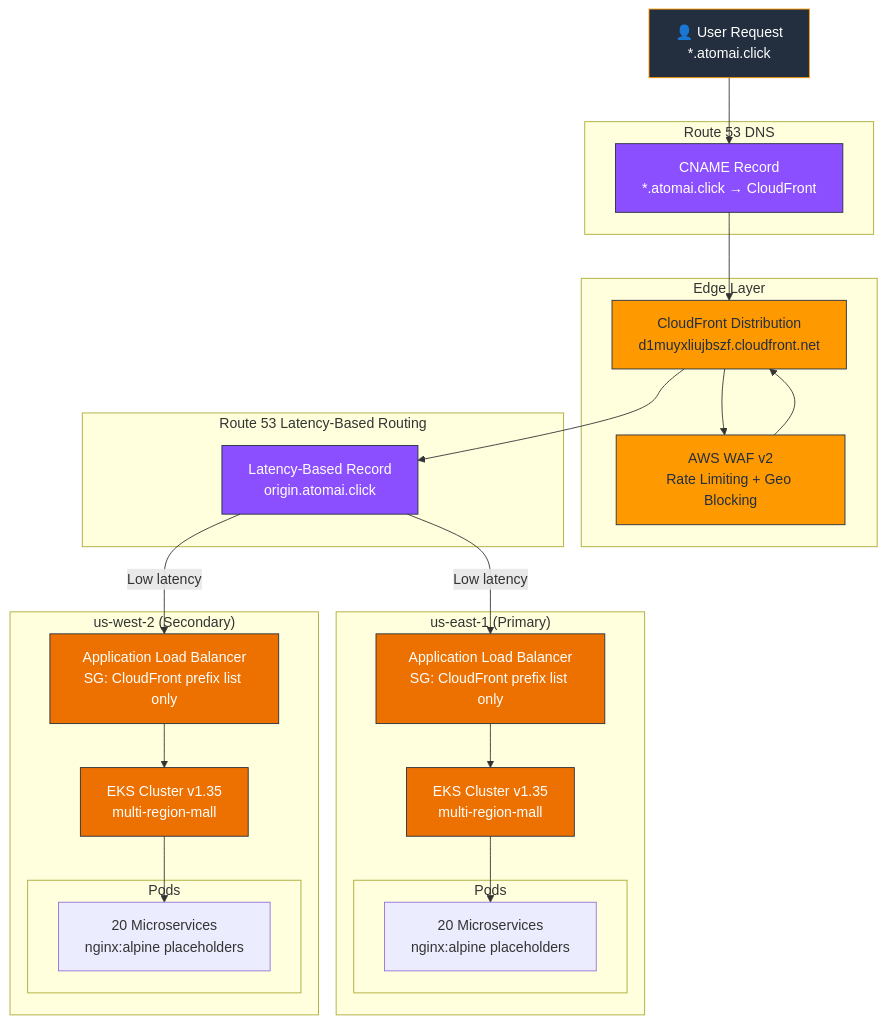
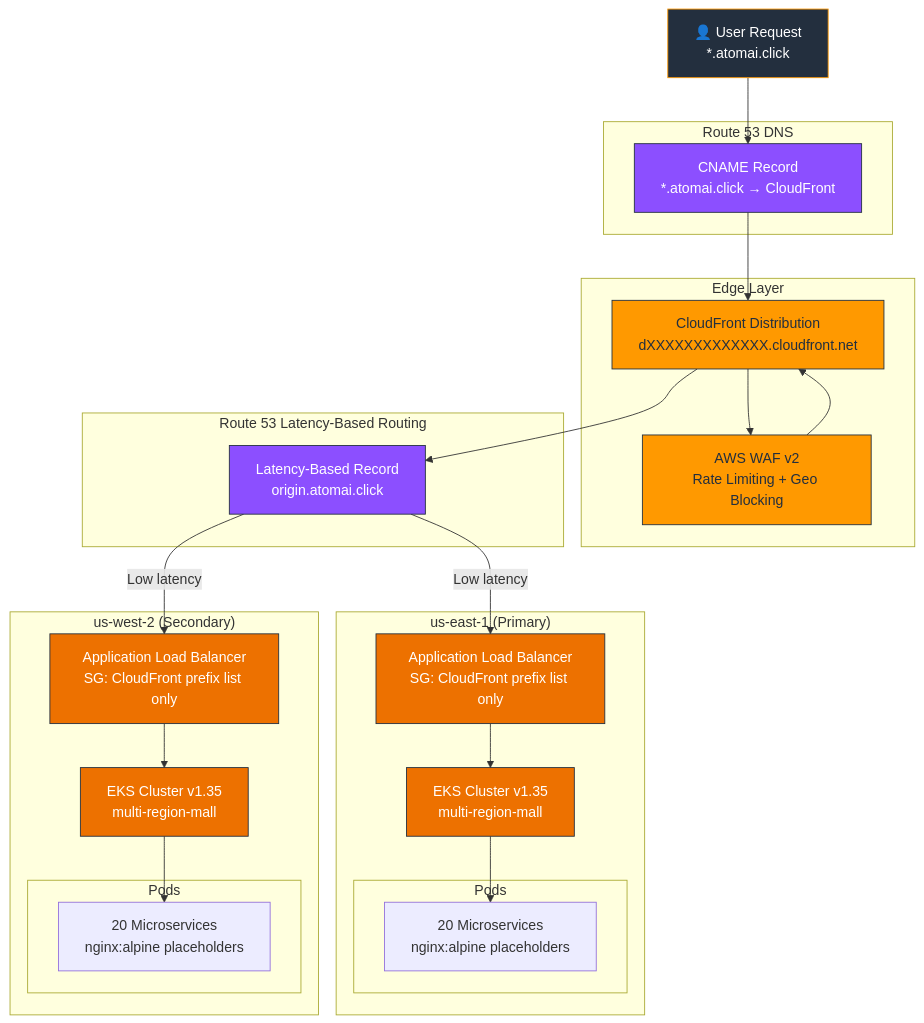
Before and after one commit to Atom-oh/multi-region-architecture: the diagram in docs/architecture/diagrams/traffic-flow.mmd, drawn with Mermaid. The commit also changed 172 other files, not shown here.

```diff
--- a/docs/architecture/diagrams/traffic-flow.mmd
+++ b/docs/architecture/diagrams/traffic-flow.mmd
@@ -1,53 +1,53 @@
 graph TD
     User["👤 User Request<br/>*.atomai.click"]
 
     subgraph DNS["Route 53 DNS"]
         CNAME["CNAME Record<br/>*.atomai.click → CloudFront"]
     end
 
     subgraph Edge["Edge Layer"]
-        CF["CloudFront Distribution<br/>d1muyxliujbszf.cloudfront.net"]
+        CF["CloudFront Distribution<br/>dXXXXXXXXXXXXX.cloudfront.net"]
         WAF["AWS WAF v2<br/>Rate Limiting + Geo Blocking"]
     end
 
     subgraph LatencyDNS["Route 53 Latency-Based Routing"]
         LBR["Latency-Based Record<br/>origin.atomai.click"]
     end
 
     subgraph Region1["us-east-1 (Primary)"]
         ALB1["Application Load Balancer<br/>SG: CloudFront prefix list only"]
         EKS1["EKS Cluster v1.35<br/>multi-region-mall"]
         subgraph Pods1["Pods"]
             SVC1["20 Microservices<br/>nginx:alpine placeholders"]
         end
     end
 
     subgraph Region2["us-west-2 (Secondary)"]
         ALB2["Application Load Balancer<br/>SG: CloudFront prefix list only"]
         EKS2["EKS Cluster v1.35<br/>multi-region-mall"]
         subgraph Pods2["Pods"]
             SVC2["20 Microservices<br/>nginx:alpine placeholders"]
         end
     end
 
     User --> CNAME
     CNAME --> CF
     CF --> WAF
     WAF --> CF
     CF --> LBR
     LBR -->|"Low latency"| ALB1
     LBR -->|"Low latency"| ALB2
     ALB1 --> EKS1
     EKS1 --> SVC1
     ALB2 --> EKS2
     EKS2 --> SVC2
 
     classDef edge fill:#FF9900,stroke:#232F3E,color:#232F3E
     classDef compute fill:#ED7100,stroke:#232F3E,color:#fff
     classDef dns fill:#8C4FFF,stroke:#232F3E,color:#fff
     classDef user fill:#232F3E,stroke:#FF9900,color:#fff
 
     class User user
     class CNAME,LBR dns
     class CF,WAF edge
     class ALB1,ALB2,EKS1,EKS2 compute
```
